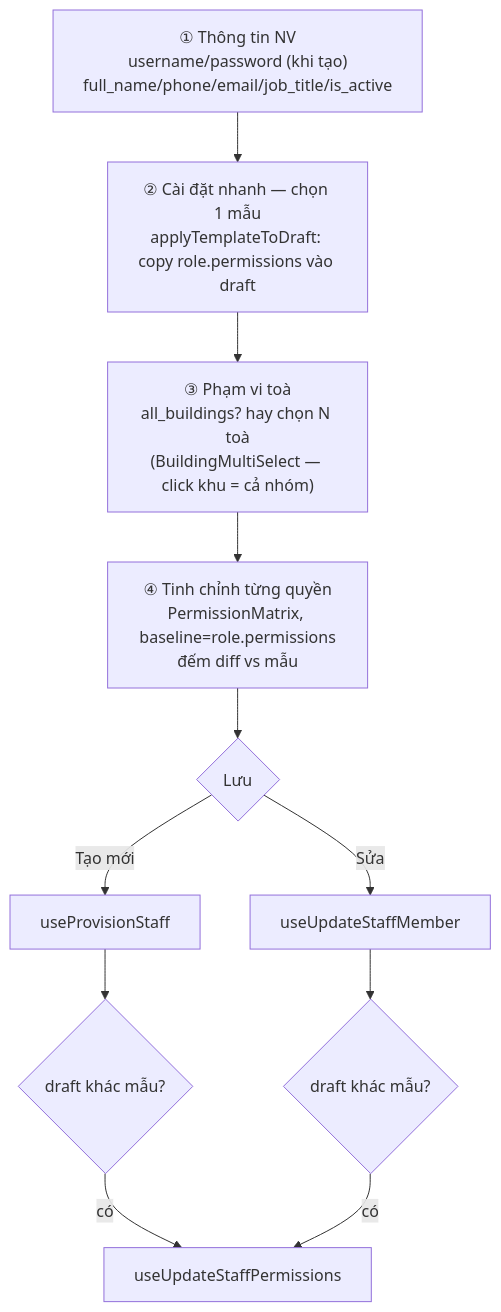
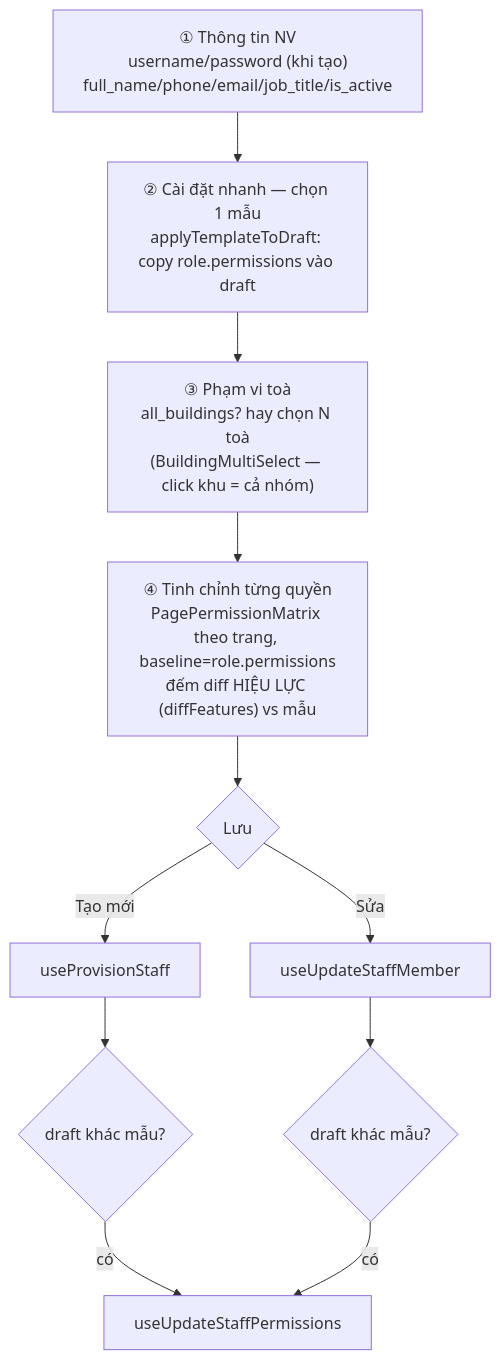
Before and after one commit to zxGreenxz/whiteboard-ihomecrm: the fourth of 4 diagrams in docs/he-thong/01-phan-quyen-nhan-su.md, drawn with Mermaid. The commit also changed other lines of this file and 25 other files, not shown here.

````diff
--- a/docs/he-thong/01-phan-quyen-nhan-su.md
+++ b/docs/he-thong/01-phan-quyen-nhan-su.md
@@ -590,11 +616,11 @@
 ```mermaid
 flowchart TD
     F1["① Thông tin NV<br/>username/password (khi tạo)<br/>full_name/phone/email/job_title/is_active"] --> F2
     F2["② Cài đặt nhanh — chọn 1 mẫu<br/>applyTemplateToDraft: copy role.permissions vào draft"] --> F3
     F3["③ Phạm vi toà<br/>all_buildings? hay chọn N toà<br/>(BuildingMultiSelect — click khu = cả nhóm)"] --> F4
-    F4["④ Tinh chỉnh từng quyền<br/>PermissionMatrix, baseline=role.permissions<br/>đếm diff vs mẫu"] --> SAVE{"Lưu"}
+    F4["④ Tinh chỉnh từng quyền<br/>PagePermissionMatrix theo trang, baseline=role.permissions<br/>đếm diff HIỆU LỰC (diffFeatures) vs mẫu"] --> SAVE{"Lưu"}
     SAVE -- "Tạo mới" --> P["useProvisionStaff"]
     SAVE -- "Sửa" --> U["useUpdateStaffMember"]
     P --> PD{"draft khác mẫu?"} -- "có" --> UP["useUpdateStaffPermissions"]
     U --> UD{"draft khác mẫu?"} -- "có" --> UP
 ```
````
